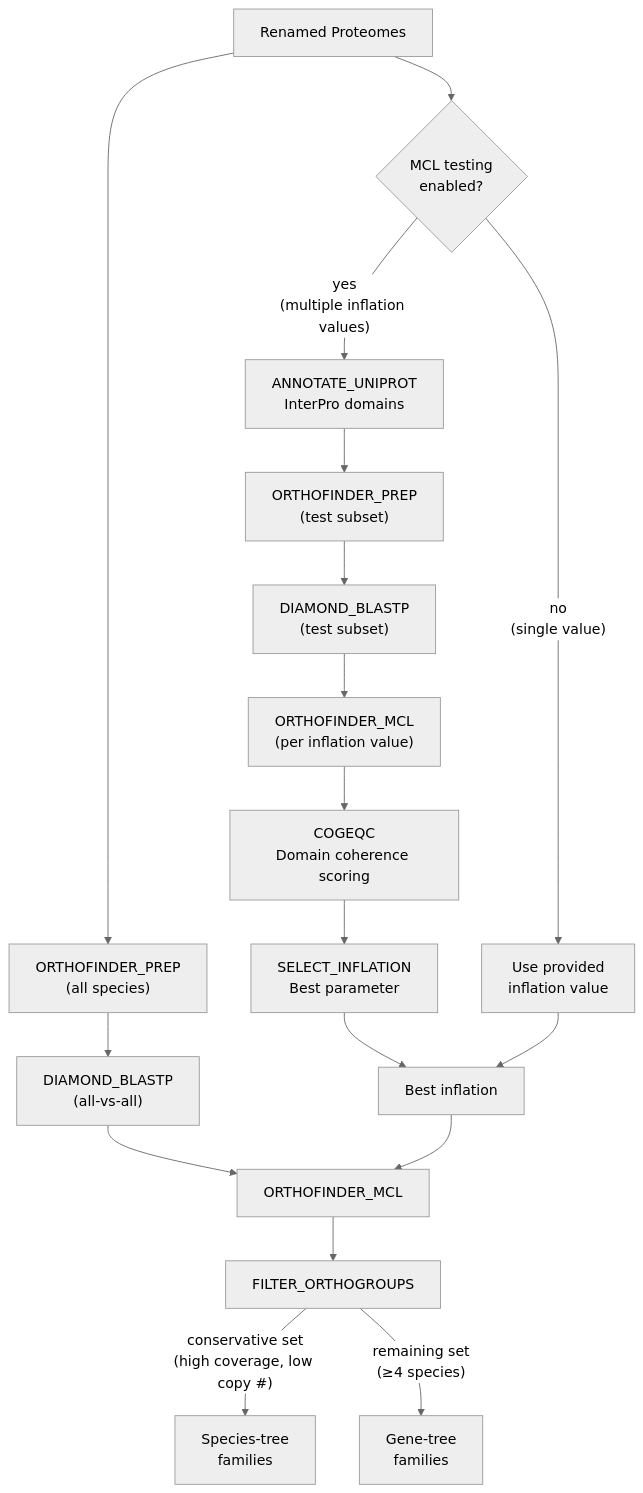
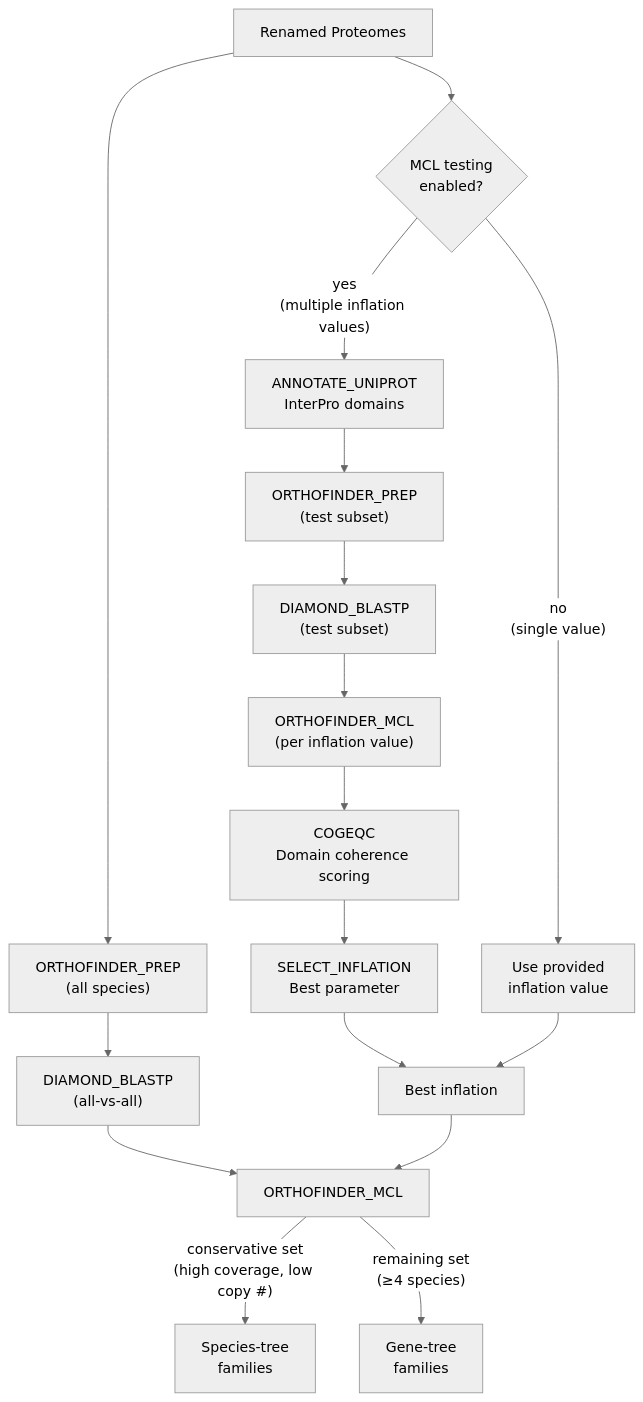
Before and after one commit to Arcadia-Science/noveltree: the third of 6 diagrams in README.md, drawn with Mermaid (neutral theme). The commit also changed other lines of this file and 12 other files, not shown here.

````diff
--- a/README.md
+++ b/README.md
@@ -234,23 +234,22 @@
 ```mermaid
 flowchart TD
     PROTS["Renamed Proteomes"] --> MCL_Q{"MCL testing<br/>enabled?"}
 
     MCL_Q -->|"yes<br/>(multiple inflation values)"| ANNOT["ANNOTATE_UNIPROT<br/>InterPro domains"]
     MCL_Q -->|"no<br/>(single value)"| USE_DEFAULT["Use provided<br/>inflation value"]
 
     ANNOT --> PREP_TEST["ORTHOFINDER_PREP<br/>(test subset)"]
     PREP_TEST --> BLAST_TEST["DIAMOND_BLASTP<br/>(test subset)"]
     BLAST_TEST --> MCL_TEST["ORTHOFINDER_MCL<br/>(per inflation value)"]
     MCL_TEST --> COGEQC["COGEQC<br/>Domain coherence scoring"]
     COGEQC --> SELECT["SELECT_INFLATION<br/>Best parameter"]
     SELECT --> BEST["Best inflation"]
     USE_DEFAULT --> BEST
 
     PROTS --> PREP_ALL["ORTHOFINDER_PREP<br/>(all species)"]
     PREP_ALL --> BLAST_ALL["DIAMOND_BLASTP<br/>(all-vs-all)"]
     BLAST_ALL --> MCL_ALL["ORTHOFINDER_MCL"]
     BEST --> MCL_ALL
-    MCL_ALL --> FILTER["FILTER_ORTHOGROUPS"]
-    FILTER -->|"conservative set<br/>(high coverage, low copy #)"| SPP_FAMS["Species-tree<br/>families"]
-    FILTER -->|"remaining set<br/>(≥4 species)"| GEN_FAMS["Gene-tree<br/>families"]
+    MCL_ALL -->|"conservative set<br/>(high coverage, low copy #)"| SPP_FAMS["Species-tree<br/>families"]
+    MCL_ALL -->|"remaining set<br/>(≥4 species)"| GEN_FAMS["Gene-tree<br/>families"]
 ```
````
